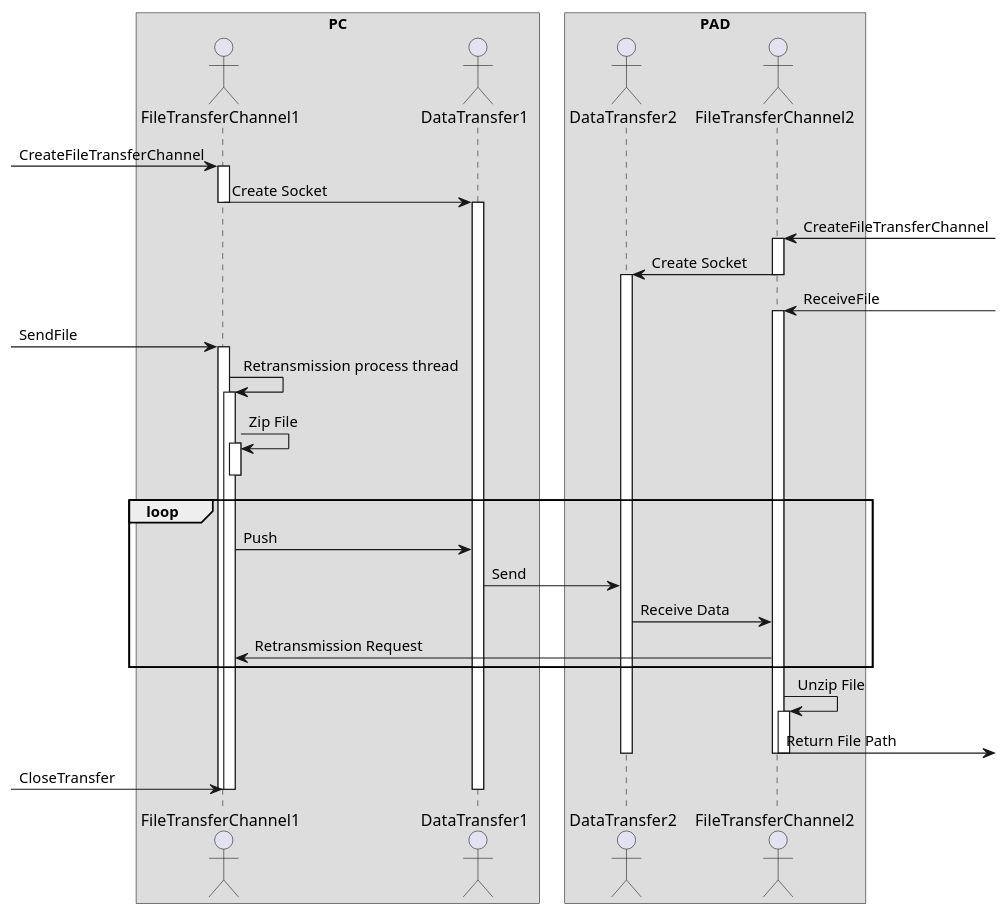
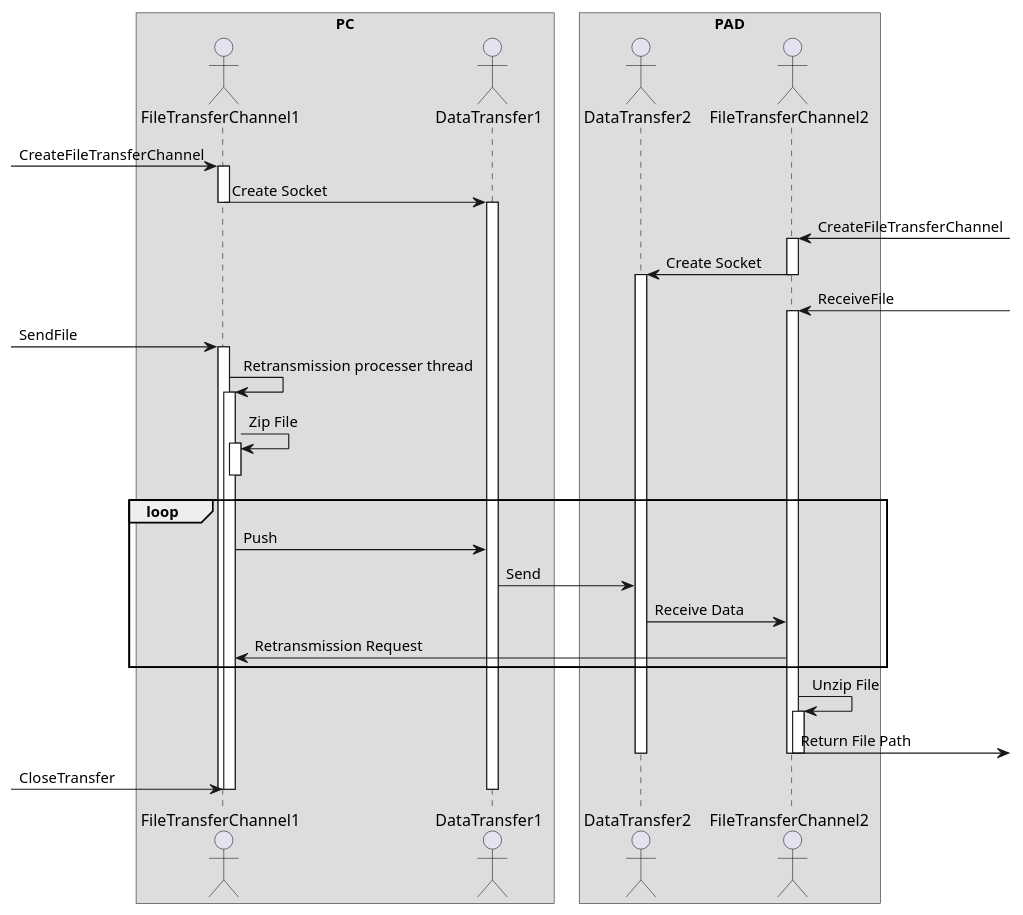
Before and after one commit to shmilycode/file_transfer_design: the diagram in sequence.md, drawn with PlantUML. The commit also changed 1 other file, not shown here.

```diff
--- a/sequence.md
+++ b/sequence.md
@@ -1,53 +1,53 @@
 @startuml
 skinparam BoxPadding 10
 box "PC"
 actor FileTransferChannel1
 actor DataTransfer1
 end box
 box "PAD"
 actor DataTransfer2
 actor FileTransferChannel2
 end box
 [->FileTransferChannel1: CreateFileTransferChannel
 activate FileTransferChannel1
 FileTransferChannel1 -> DataTransfer1: Create Socket
 deactivate FileTransferChannel1
 activate DataTransfer1
 
 ]->FileTransferChannel2: CreateFileTransferChannel
 activate FileTransferChannel2
 FileTransferChannel2 -> DataTransfer2: Create Socket
 deactivate FileTransferChannel2
 activate DataTransfer2
 
 ]->FileTransferChannel2: ReceiveFile
 activate FileTransferChannel2
 
 [->FileTransferChannel1: SendFile
 activate FileTransferChannel1
-FileTransferChannel1 -> FileTransferChannel1: Retransmission process thread
+FileTransferChannel1 -> FileTransferChannel1: Retransmission processer thread
 activate FileTransferChannel1
 FileTransferChannel1 -> FileTransferChannel1: Zip File
 activate FileTransferChannel1
 deactivate FileTransferChannel1
 
 loop
 FileTransferChannel1 -> DataTransfer1: Push
 DataTransfer1 -> DataTransfer2: Send
 DataTransfer2 -> FileTransferChannel2: Receive Data
 FileTransferChannel2 -> FileTransferChannel1: Retransmission Request
 end loop
 
 FileTransferChannel2 -> FileTransferChannel2: Unzip File
 activate FileTransferChannel2
 FileTransferChannel2 ->]: Return File Path
 deactivate FileTransferChannel2
 deactivate FileTransferChannel2
 deactivate DataTransfer2
 
 [-> FileTransferChannel1: CloseTransfer
 deactivate FileTransferChannel1
 deactivate FileTransferChannel1
 deactivate DataTransfer1
 
 @enduml
```
